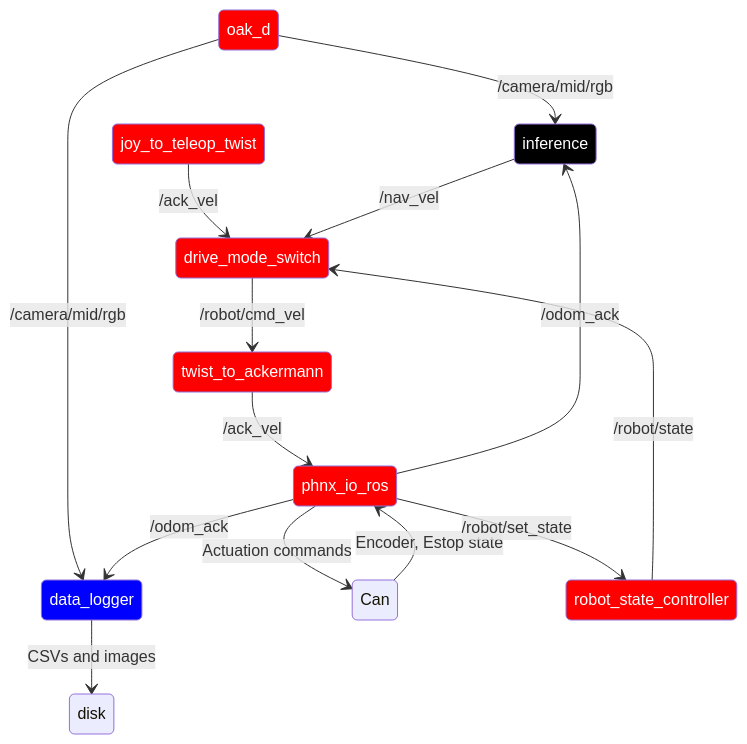
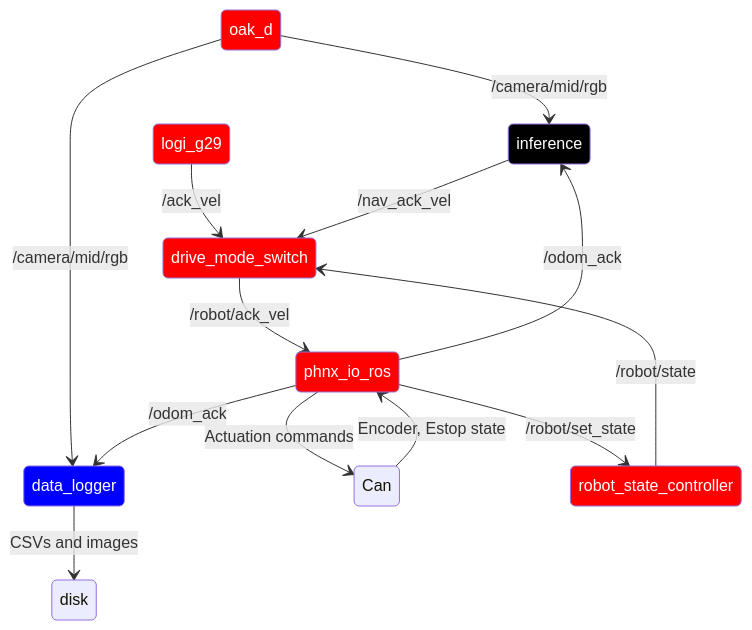
The diagram in software/ros/phoenix_robot.md (ISC-Project-Phoenix/design), drawn with Mermaid before and after one commit. The commit also changed 2 other files, not shown here.

Commit message:
Update mermaid diagrams

````diff
--- a/software/ros/phoenix_robot.md
+++ b/software/ros/phoenix_robot.md
@@ -19,29 +19,28 @@
 ```mermaid
 stateDiagram-v2
     classDef common color:white,fill:red
     classDef data color:white,fill:blue
     classDef prod color:white,fill:black
 
     %% Hardware interfaces
     oak_d:::common --> data_logger:::data: /camera/mid/rgb
     Can --> phnx_io_ros:::common: Encoder, Estop state
     phnx_io_ros:::common --> Can: Actuation commands
     
     %% command controllers
-    twist_to_ackermann:::common --> phnx_io_ros:::common: /ack_vel
-    drive_mode_switch:::common --> twist_to_ackermann:::common: /robot/cmd_vel
-    joy_to_teleop_twist:::common --> drive_mode_switch:::common: /ack_vel
+    drive_mode_switch:::common --> phnx_io_ros:::common: /robot/ack_vel
+    logi_g29:::common --> drive_mode_switch:::common: /ack_vel
     
     %% state control
     phnx_io_ros:::common --> robot_state_controller:::common: /robot/set_state
     robot_state_controller:::common --> drive_mode_switch:::common: /robot/state
 
     %% logging
     phnx_io_ros:::common --> data_logger:::data: /odom_ack
     data_logger:::data --> disk: CSVs and images
 
     %% NN
-    inference:::prod --> drive_mode_switch:::common: /nav_vel
+    inference:::prod --> drive_mode_switch:::common: /nav_ack_vel
     oak_d:::common --> inference:::prod: /camera/mid/rgb
     phnx_io_ros:::common --> inference:::prod: /odom_ack
 ```
````
